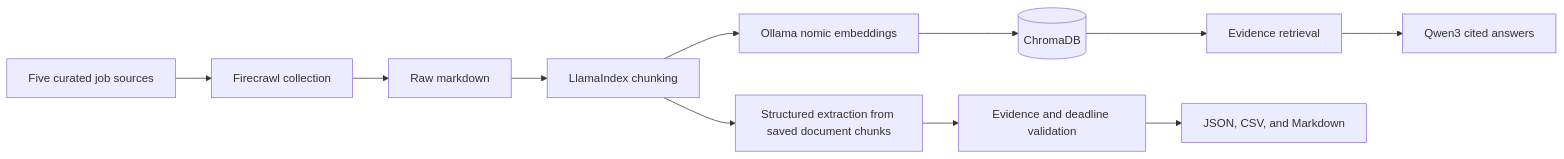
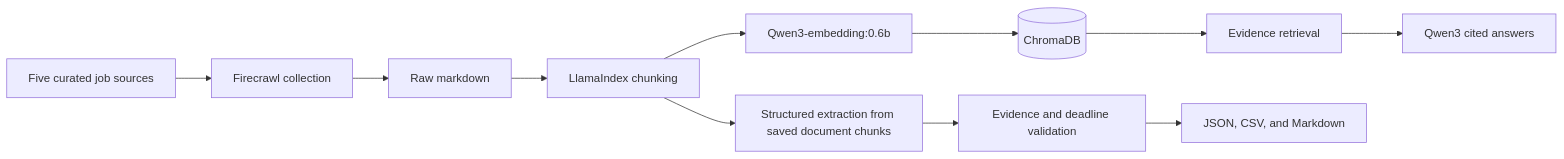
The diagram in README.md (anuvindpramod/Private-PhD-Research-Assistant-), drawn with Mermaid before and after one commit. The commit also changed other lines of this file and 3 other files, not shown here.

````diff
--- a/README.md
+++ b/README.md
@@ -9,13 +9,13 @@
 ```mermaid
 flowchart LR
     A[Five curated job sources] --> B[Firecrawl collection]
     B --> C[Raw markdown]
     C --> D[LlamaIndex chunking]
-    D --> E[Ollama nomic embeddings]
+    D --> E[Qwen3-embedding:0.6b]
     E --> F[(ChromaDB)]
     F --> G[Evidence retrieval]
     G --> H[Qwen3 cited answers]
     D --> I[Structured extraction from saved document chunks]
     I --> J[Evidence and deadline validation]
     J --> K[JSON, CSV, and Markdown]
 ```
````
